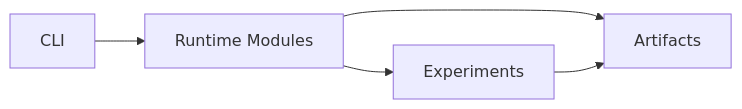
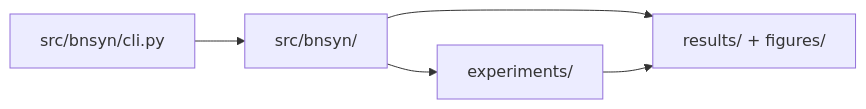
The first of 2 diagrams in docs/ARCHITECTURE.md (neuron7x/bnsyn-phase-controlled-emergent-dynamics), drawn with Mermaid before and after one commit. The commit also changed other lines of this file and 6 other files, not shown here.

Commit message:
Harden docs grounding and add mermaid/svg validators

````diff
--- a/docs/ARCHITECTURE.md
+++ b/docs/ARCHITECTURE.md
@@ -8,7 +8,7 @@
 ```mermaid
 flowchart LR
-  A["CLI"] --> B["Runtime Modules"]
-  B --> C["Experiments"]
-  B --> D["Artifacts"]
+  A["src/bnsyn/cli.py"] --> B["src/bnsyn/"]
+  B --> C["experiments/"]
+  B --> D["results/ + figures/"]
   C --> D
 ```
````
